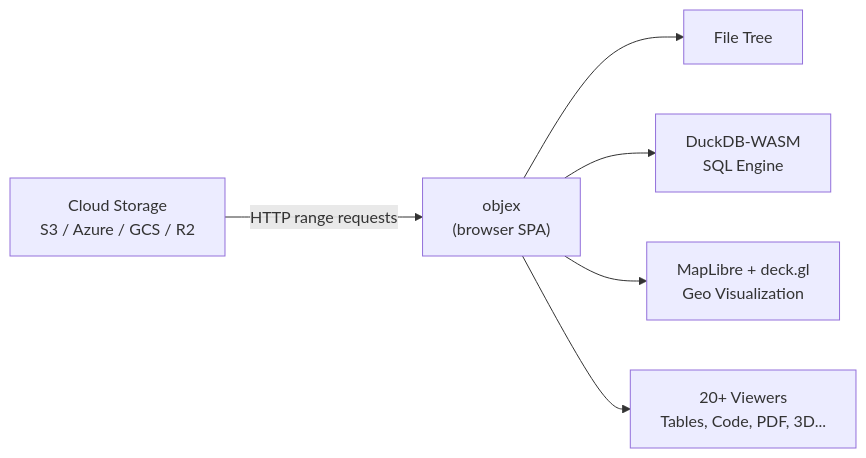
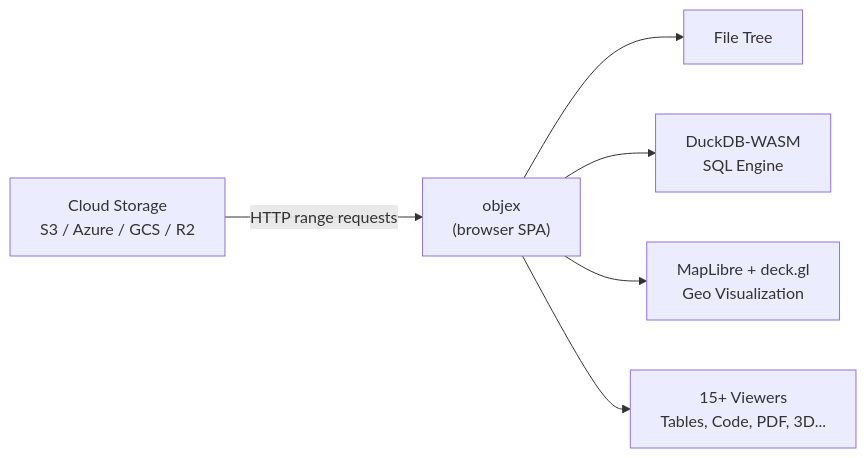
Before and after one commit to walkthru-earth/objex: the first of 2 diagrams in README.md, drawn with Mermaid. The commit also changed other lines of this file and 11 other files, not shown here.

````diff
--- a/README.md
+++ b/README.md
@@ -7,8 +5,8 @@
 ```mermaid
 graph LR
     Cloud["Cloud Storage<br/>S3 / Azure / GCS / R2"] -->|HTTP range requests| App["objex<br/>(browser SPA)"]
     App --> Browse[File Tree]
     App --> Query["DuckDB-WASM<br/>SQL Engine"]
     App --> Map["MapLibre + deck.gl<br/>Geo Visualization"]
-    App --> View["20+ Viewers<br/>Tables, Code, PDF, 3D..."]
+    App --> View["15+ Viewers<br/>Tables, Code, PDF, 3D..."]
 ```
````
